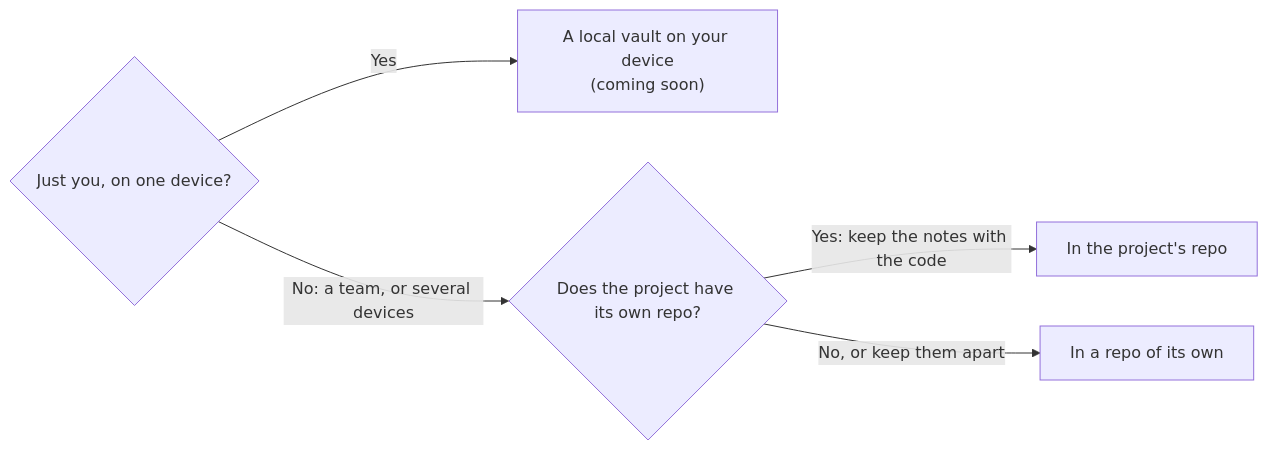
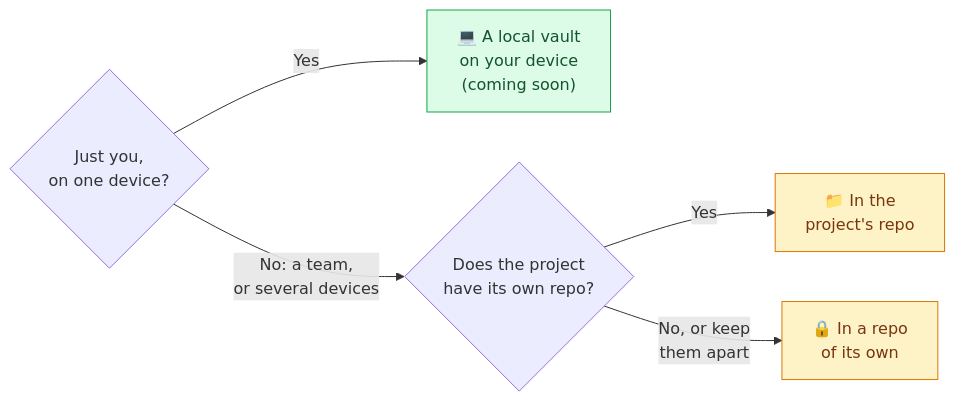
The diagram in example-vault/How To/How To.md (Snowy-Peak-Studios/commonplace-md), drawn with Mermaid before and after one commit. The commit also changed other lines of this file and 10 other files, not shown here.

Commit message:
README: less text, the name centered and bold, How I use it as a diagram, colors for you and your agent and for each way, tip and note boxes; How To pages match

````diff
--- a/example-vault/How To/How To.md
+++ b/example-vault/How To/How To.md
@@ -17,8 +16,10 @@
 ```mermaid
 flowchart LR
-    q1{"Just you, on one device?"}
-    q1 -- Yes --> local["A local vault on your device<br/>(coming soon)"]
-    q1 -- "No: a team, or several devices" --> q2{"Does the project have its own repo?"}
-    q2 -- "Yes: keep the notes with the code" --> project["In the project's repo"]
-    q2 -- "No, or keep them apart" --> own["In a repo of its own"]
+    q1{"Just you,<br/>on one device?"}
+    q1 -- Yes --> local["💻 A local vault<br/>on your device<br/>(coming soon)"]:::local
+    q1 -- "No: a team,<br/>or several devices" --> q2{"Does the project<br/>have its own repo?"}
+    q2 -- "Yes" --> project["📁 In the<br/>project's repo"]:::repo
+    q2 -- "No, or keep<br/>them apart" --> own["🔒 In a repo<br/>of its own"]:::repo
+    classDef local fill:#dcfce7,stroke:#16a34a,color:#14532d
+    classDef repo fill:#fef3c7,stroke:#d97706,color:#78350f
 ```
````
